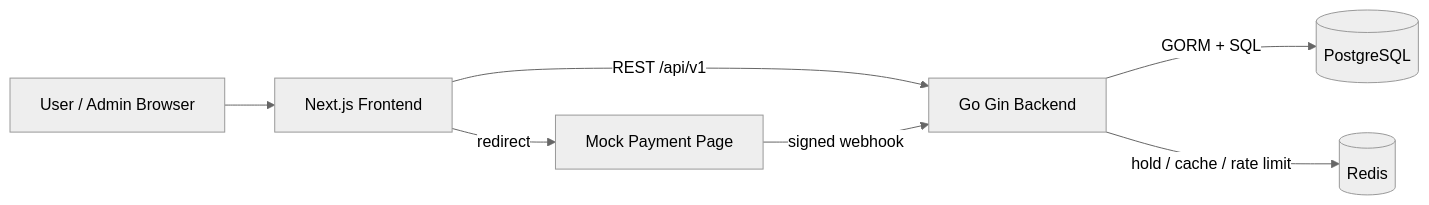
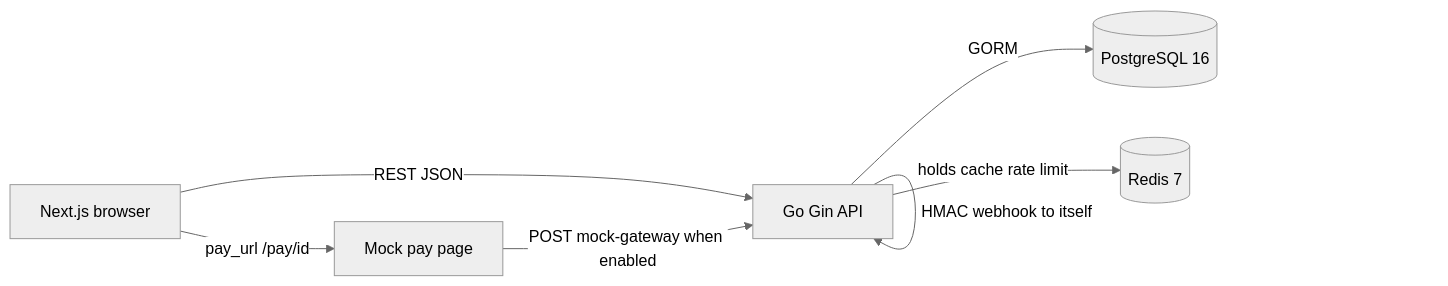
Before and after one commit to Notezaaa0008/ticket_booking: the first of 5 diagrams in docs/flow.md, drawn with Mermaid (neutral theme). The commit also changed other lines of this file and 24 other files, not shown here.

````diff
--- a/docs/flow.md
+++ b/docs/flow.md
@@ -3,9 +7,9 @@
 ```mermaid
 flowchart LR
-    U[User / Admin Browser] --> FE[Next.js Frontend]
-    FE -->|REST /api/v1| BE[Go Gin Backend]
-    BE -->|GORM + SQL| PG[(PostgreSQL)]
-    BE -->|hold / cache / rate limit| RD[(Redis)]
-    FE -->|redirect| MG[Mock Payment Page]
-    MG -->|signed webhook| BE
+    Browser[Next.js browser] -->|REST JSON| API[Go Gin API]
+    API -->|GORM| PG[(PostgreSQL 16)]
+    API -->|holds cache rate limit| Redis[(Redis 7)]
+    Browser -->|pay_url /pay/id| PayPage[Mock pay page]
+    PayPage -->|POST mock-gateway when enabled| API
+    API -->|HMAC webhook to itself| API
 ```
````
